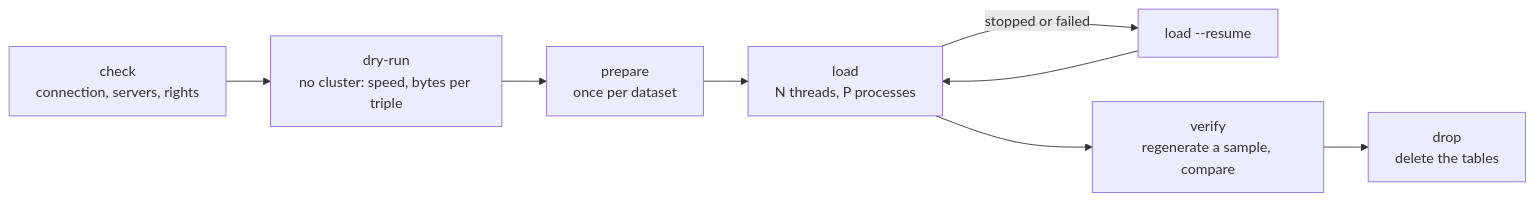
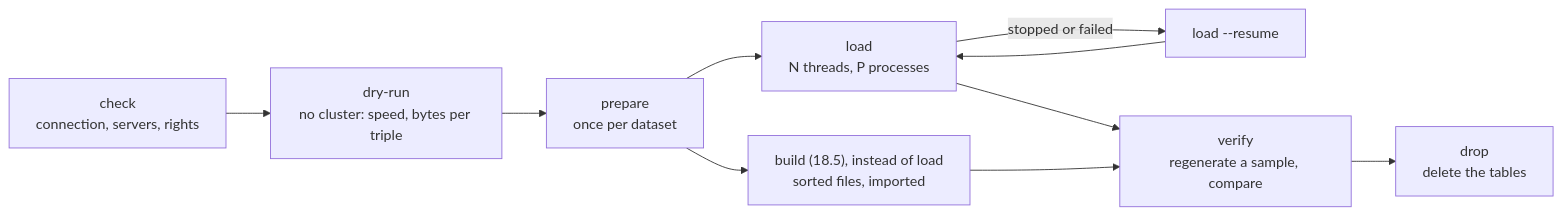
Diagram 20 of 23 in ARCH.md (dgreco/tripatha), drawn with Mermaid before and after one commit. The commit also changed other lines of this file and 103 other files, not shown here.

````diff
--- a/ARCH.md
+++ b/ARCH.md
@@ -1850,10 +1853,12 @@
 ```mermaid
 flowchart LR
     check["check<br/>connection, servers, rights"] --> dry["dry-run<br/>no cluster: speed, bytes per triple"]
     dry --> prep["prepare<br/>once per dataset"]
     prep --> load["load<br/>N threads, P processes"]
+    prep --> build["build (18.5), instead of load<br/>sorted files, imported"]
     load -- "stopped or failed" --> resume["load --resume"]
     resume --> load
     load --> verify["verify<br/>regenerate a sample, compare"]
+    build --> verify
     verify --> drop["drop<br/>delete the tables"]
 ```
````
